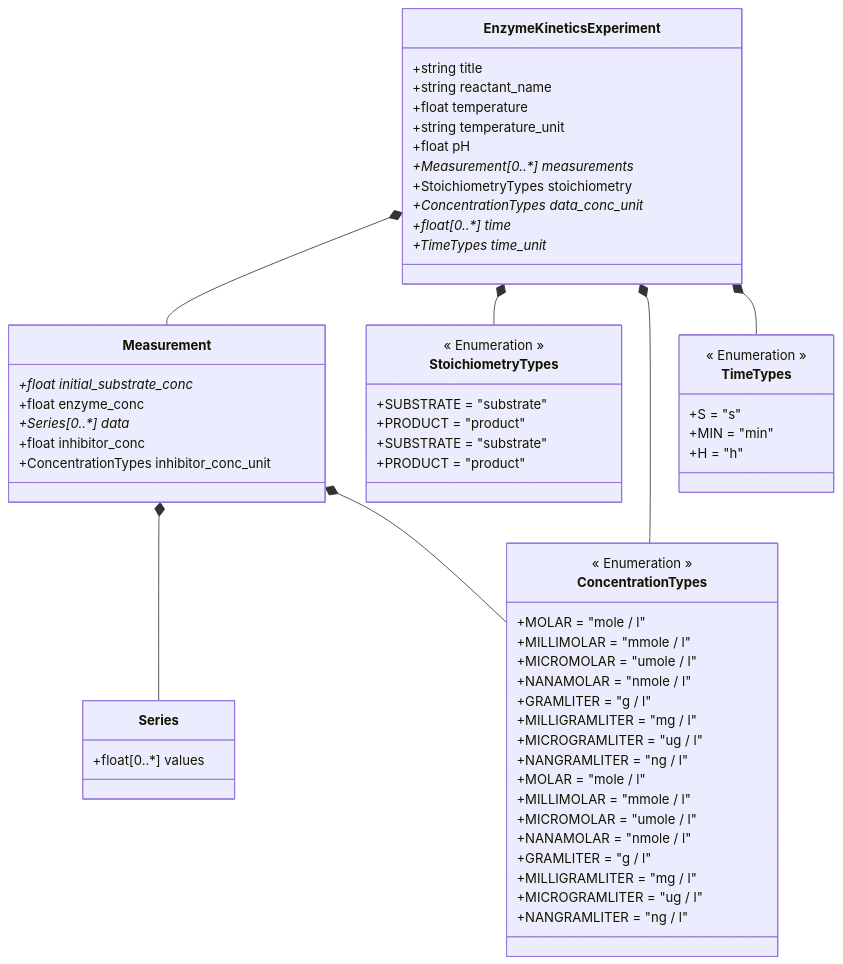
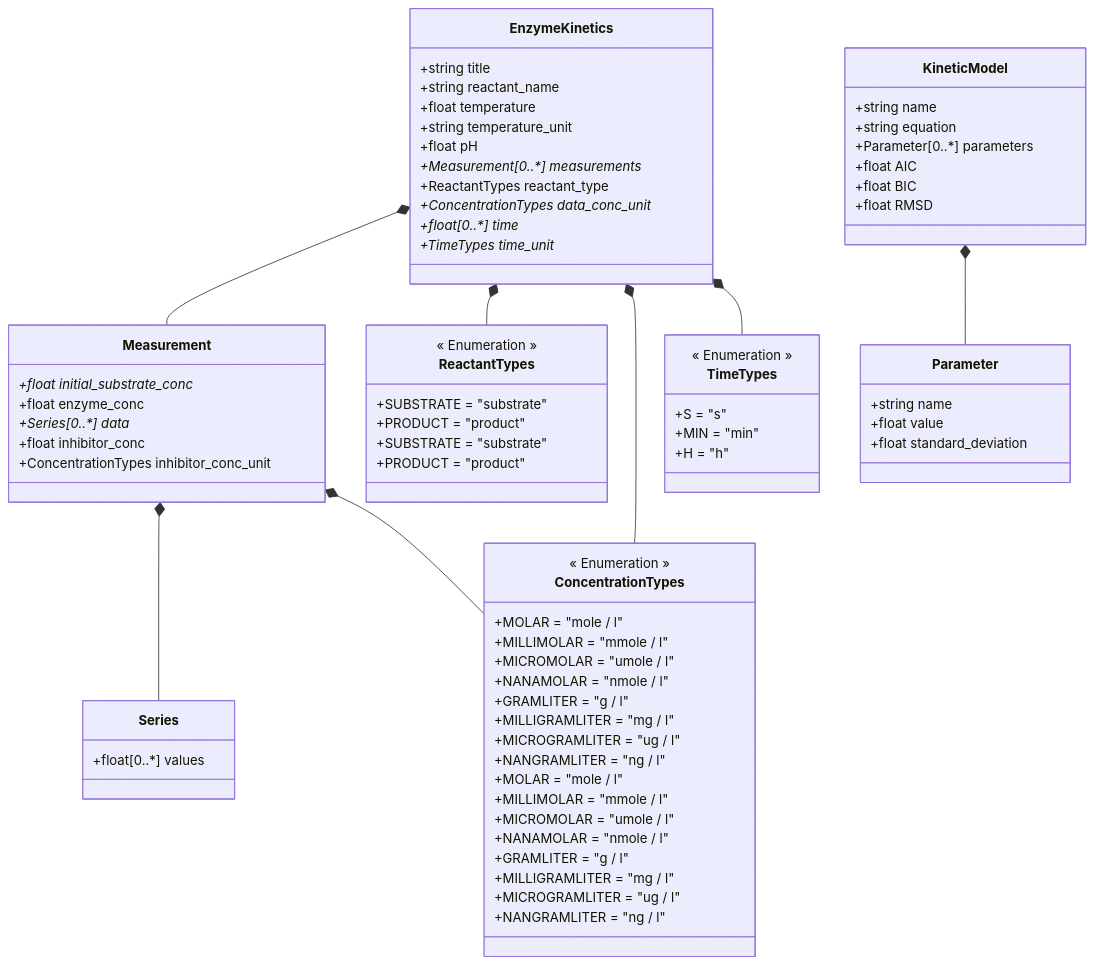
One commit to FAIRChemistry/EnzymePynetics changed the diagram in EnzymePynetics/schemes/Enzyme kinetics data model.md. Above: the diagram before and after it, drawn with Mermaid. The commit also changed 8 other files, not shown here.

````diff
--- a/EnzymePynetics/schemes/Enzyme kinetics data model.md
+++ b/EnzymePynetics/schemes/Enzyme kinetics data model.md
@@ -1,20 +1,21 @@
 ```mermaid
 classDiagram
-    EnzymeKineticsExperiment *-- Measurement
-    EnzymeKineticsExperiment *-- StoichiometryTypes
-    EnzymeKineticsExperiment *-- ConcentrationTypes
-    EnzymeKineticsExperiment *-- TimeTypes
+    EnzymeKinetics *-- Measurement
+    EnzymeKinetics *-- ReactantTypes
+    EnzymeKinetics *-- ConcentrationTypes
+    EnzymeKinetics *-- TimeTypes
     Measurement *-- Series
     Measurement *-- ConcentrationTypes
+    KineticModel *-- Parameter
     
-    class EnzymeKineticsExperiment {
+    class EnzymeKinetics {
         +string title
         +string reactant_name
         +float temperature
         +string temperature_unit
         +float pH
         +Measurement[0..*] measurements*
-        +StoichiometryTypes stoichiometry
+        +ReactantTypes reactant_type
         +ConcentrationTypes data_conc_unit*
         +float[0..*] time*
         +TimeTypes time_unit*
@@ -28,17 +29,32 @@
         +ConcentrationTypes inhibitor_conc_unit
     }
     
+    class KineticModel {
+        +string name
+        +string equation
+        +Parameter[0..*] parameters
+        +float AIC
+        +float BIC
+        +float RMSD
+    }
+    
+    class Parameter {
+        +string name
+        +float value
+        +float standard_deviation
+    }
+    
     class Series {
         +float[0..*] values
     }
     
-    class StoichiometryTypes {
+    class ReactantTypes {
         << Enumeration >>
         +SUBSTRATE = "substrate"
         +PRODUCT = "product"
     }
     
-    class StoichiometryTypes {
+    class ReactantTypes {
         << Enumeration >>
         +SUBSTRATE = "substrate"
         +PRODUCT = "product"
````
